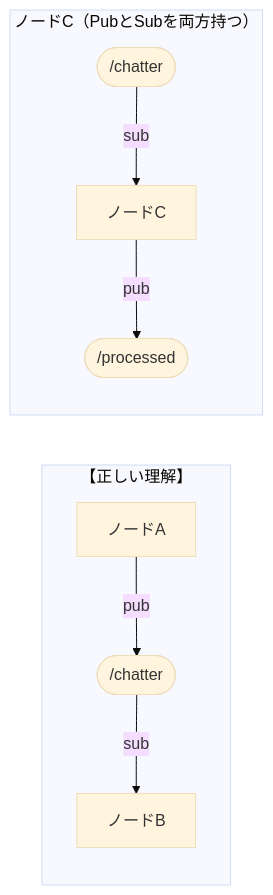
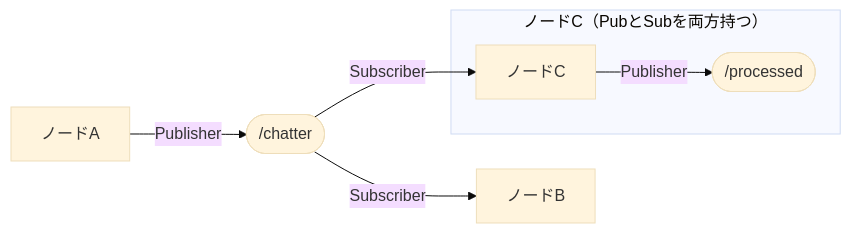
Before and after one commit to Harlequinade1123/ros1-tutorials: the second of 4 diagrams in docs/04_publisher_subscriber.md, drawn with Mermaid (base theme). The commit also changed other lines of this file, not shown here.

Commit message:
docs: reconstruct Mermaid diagrams in ch.4 for conceptual accuracy

````diff
--- a/docs/04_publisher_subscriber.md
+++ b/docs/04_publisher_subscriber.md
@@ -35,11 +35,11 @@
 ```mermaid
 graph LR
-    subgraph "【正しい理解】"
-        NA["ノードA"] -->|"pub"| ch1(["/chatter"])
-        ch1 -->|"sub"| NB["ノードB"]
-    end
+    ch(["/chatter"])
+    pr(["/processed"])
+    NA["ノードA"] -->|"Publisher"| ch
+    ch -->|"Subscriber"| NB["ノードB"]
+    ch -->|"Subscriber"| NC
     subgraph "ノードC（PubとSubを両方持つ）"
-        ch2(["/chatter"]) -->|"sub"| NC["ノードC"]
-        NC -->|"pub"| pr(["/processed"])
+        NC["ノードC"] -->|"Publisher"| pr
     end
 ```
````
